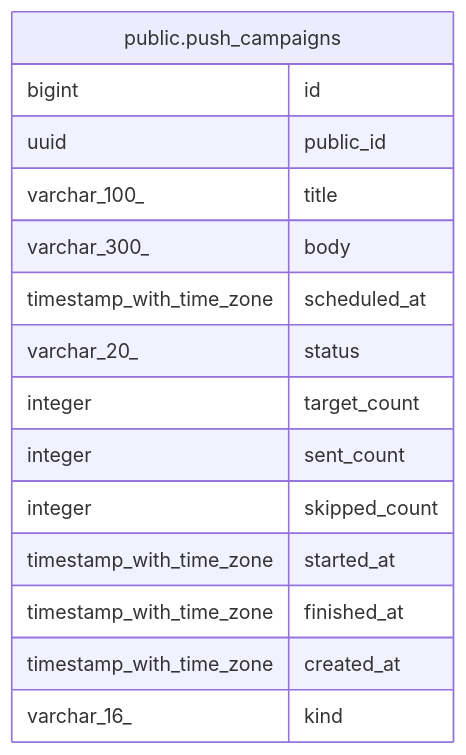
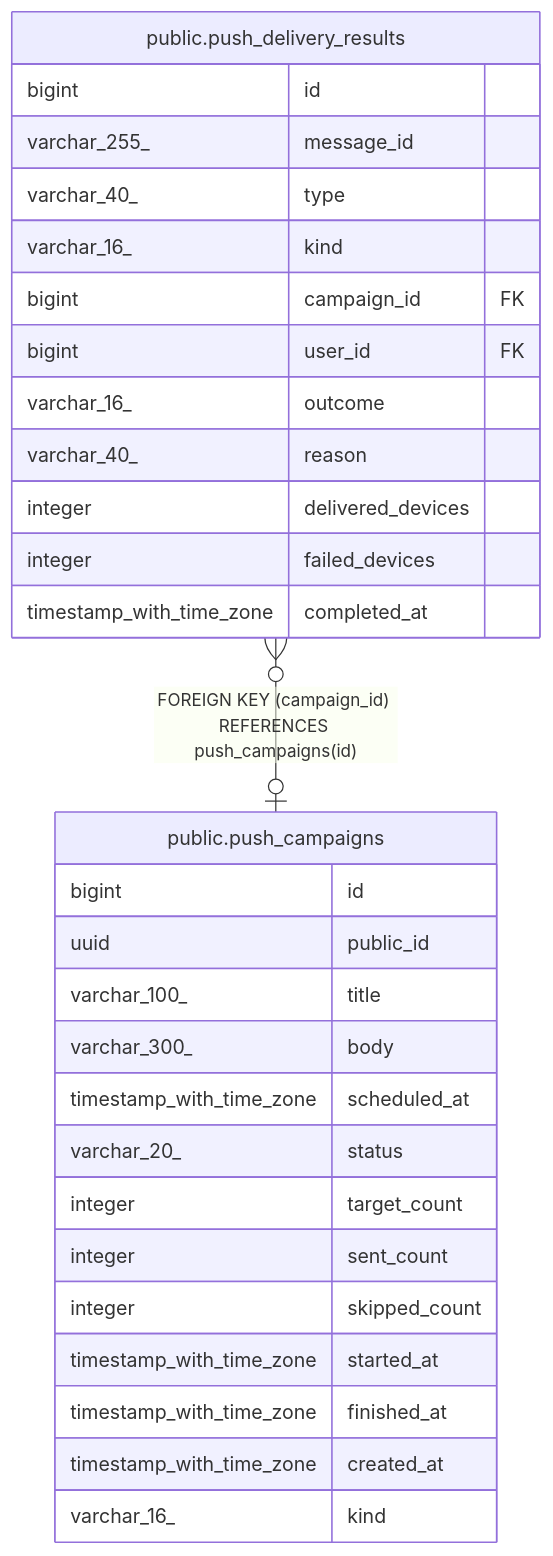
One commit to KIM-N-KANG/manyak-server changed the diagram in dbdoc/public.push_campaigns.md. Above: the diagram before and after it, drawn with Mermaid. The commit also changed other lines of this file and 25 other files, not shown here.

````diff
--- a/dbdoc/public.push_campaigns.md
+++ b/dbdoc/public.push_campaigns.md
@@ -40,20 +40,34 @@
 ```mermaid
 erDiagram
 
+"public.push_delivery_results" }o--o| "public.push_campaigns" : "FOREIGN KEY (campaign_id) REFERENCES push_campaigns(id)"
 
 "public.push_campaigns" {
   bigint id
   uuid public_id
   varchar_100_ title
   varchar_300_ body
   timestamp_with_time_zone scheduled_at
   varchar_20_ status
   integer target_count
   integer sent_count
   integer skipped_count
   timestamp_with_time_zone started_at
   timestamp_with_time_zone finished_at
   timestamp_with_time_zone created_at
   varchar_16_ kind
 }
+"public.push_delivery_results" {
+  bigint id
+  varchar_255_ message_id
+  varchar_40_ type
+  varchar_16_ kind
+  bigint campaign_id FK
+  bigint user_id FK
+  varchar_16_ outcome
+  varchar_40_ reason
+  integer delivered_devices
+  integer failed_devices
+  timestamp_with_time_zone completed_at
+}
 ```
````
